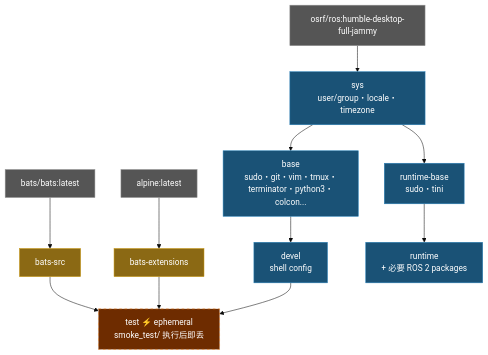
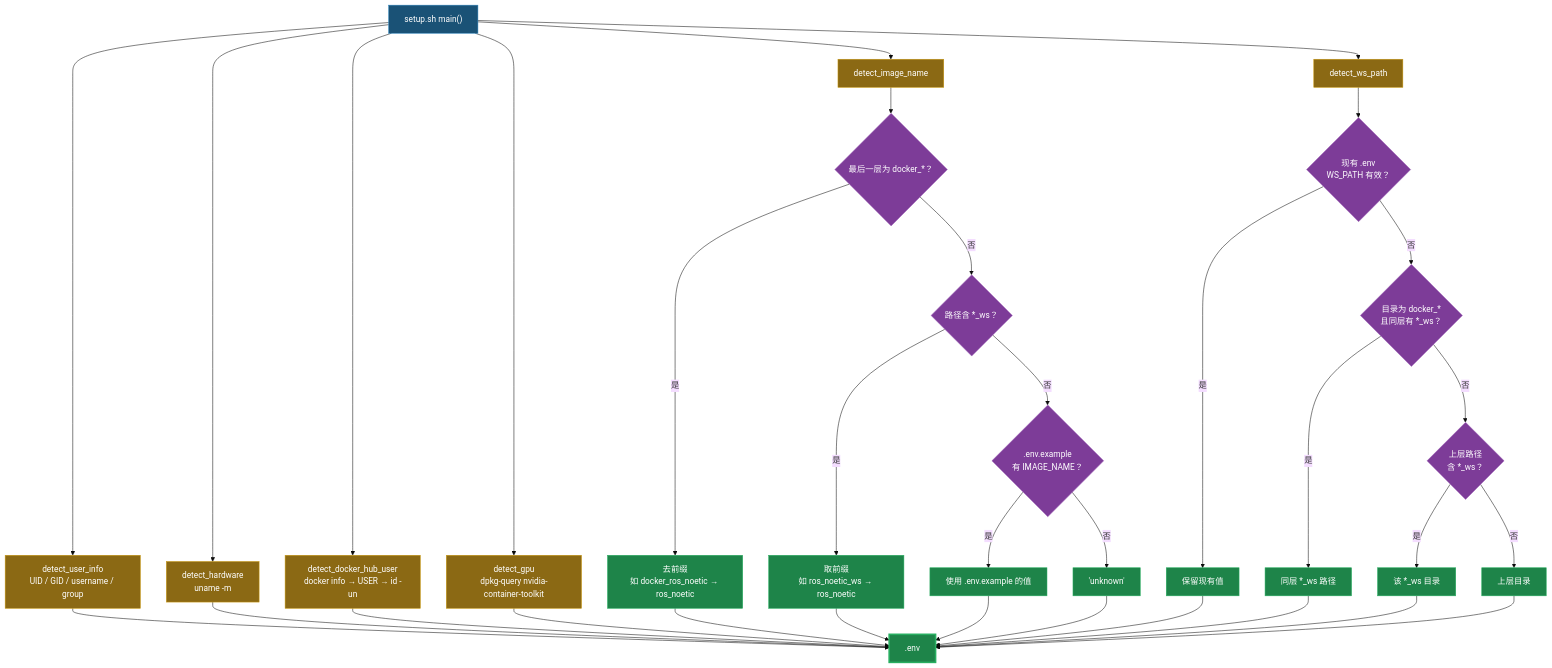
The first of 2 diagrams in doc/README.zh-CN.md (ycpss91255-docker/osrf_ros2_humble), drawn with Mermaid (base theme) before and after one commit. The commit also changed other lines of this file and 47 other files, not shown here.

First line of the commit message:
Squashed 'docker_setup_helper/' changes from ea8a994..4e7b249

````diff
--- a/doc/README.zh-CN.md
+++ b/doc/README.zh-CN.md
@@ -235,26 +272,46 @@
 ```mermaid
 graph TD
-    EXT1["bats/bats:latest"]:::external
-    EXT2["alpine:latest"]:::external
-    EXT3["osrf/ros:humble-desktop-full-jammy"]:::external
+    A["setup.sh main()"]:::entry
 
-    EXT1 --> bats-src["bats-src"]:::tool
-    EXT2 --> bats-ext["bats-extensions"]:::tool
+    A --> B["detect_user_info\nUID / GID / username / group"]:::detect
+    A --> C["detect_hardware\nuname -m"]:::detect
+    A --> D["detect_docker_hub_user\ndocker info → USER → id -un"]:::detect
+    A --> E["detect_gpu\ndpkg-query nvidia-container-toolkit"]:::detect
+    A --> F["detect_image_name"]:::detect
+    A --> G["detect_ws_path"]:::detect
 
-    EXT3 --> sys["sys\nuser/group・locale・timezone"]:::stage
+    F --> F1{"最后一层为 docker_*？"}:::decision
+    F1 -- "是" --> F1R["去前缀\n如 docker_ros_noetic → ros_noetic"]:::result
+    F1 -- "否" --> F2{"路径含 *_ws？"}:::decision
+    F2 -- "是" --> F2R["取前缀\n如 ros_noetic_ws → ros_noetic"]:::result
+    F2 -- "否" --> F3{".env.example\n有 IMAGE_NAME？"}:::decision
+    F3 -- "是" --> F3R["使用 .env.example 的值"]:::result
+    F3 -- "否" --> F4R["'unknown'"]:::result
 
-    sys --> base["base\nsudo・git・vim・tmux・terminator・python3・colcon..."]:::stage
-    base --> devel["devel\nshell config"]:::stage
+    G --> G0{"现有 .env\nWS_PATH 有效？"}:::decision
+    G0 -- "是" --> G0R["保留现有值"]:::result
+    G0 -- "否" --> G1{"目录为 docker_*\n且同层有 *_ws？"}:::decision
+    G1 -- "是" --> G1R["同层 *_ws 路径"]:::result
+    G1 -- "否" --> G2{"上层路径\n含 *_ws？"}:::decision
+    G2 -- "是" --> G2R["该 *_ws 目录"]:::result
+    G2 -- "否" --> G3R["上层目录"]:::result
 
-    bats-src --> test["test  ⚡ ephemeral\nsmoke_test/ 执行后即丢"]:::ephemeral
-    bats-ext --> test
-    devel --> test
+    B --> H[".env"]:::output
+    C --> H
+    D --> H
+    E --> H
+    F1R --> H
+    F2R --> H
+    F3R --> H
+    F4R --> H
+    G0R --> H
+    G1R --> H
+    G2R --> H
+    G3R --> H
 
-    sys --> runtime-base["runtime-base\nsudo・tini"]:::stage
-    runtime-base --> runtime["runtime\n+ 必要 ROS 2 packages"]:::stage
-
-    classDef external fill:#555,color:#fff,stroke:#999
-    classDef tool fill:#8B6914,color:#fff,stroke:#c8960c
-    classDef stage fill:#1a5276,color:#fff,stroke:#2980b9
-    classDef ephemeral fill:#6e2c00,color:#fff,stroke:#e67e22,stroke-dasharray:5 5
+    classDef entry fill:#1a5276,color:#fff,stroke:#2980b9
+    classDef detect fill:#8B6914,color:#fff,stroke:#c8960c
+    classDef decision fill:#7d3c98,color:#fff,stroke:#a569bd
+    classDef result fill:#1e8449,color:#fff,stroke:#27ae60
+    classDef output fill:#1e8449,color:#fff,stroke:#27ae60,stroke-width:3px
 ```
````
